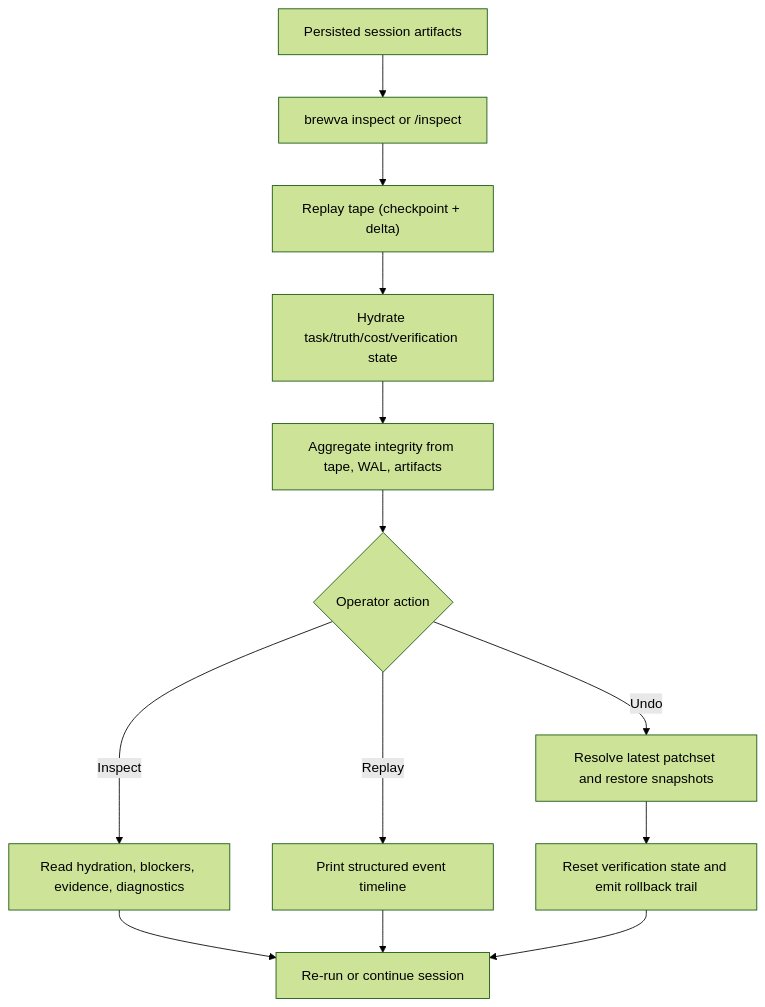
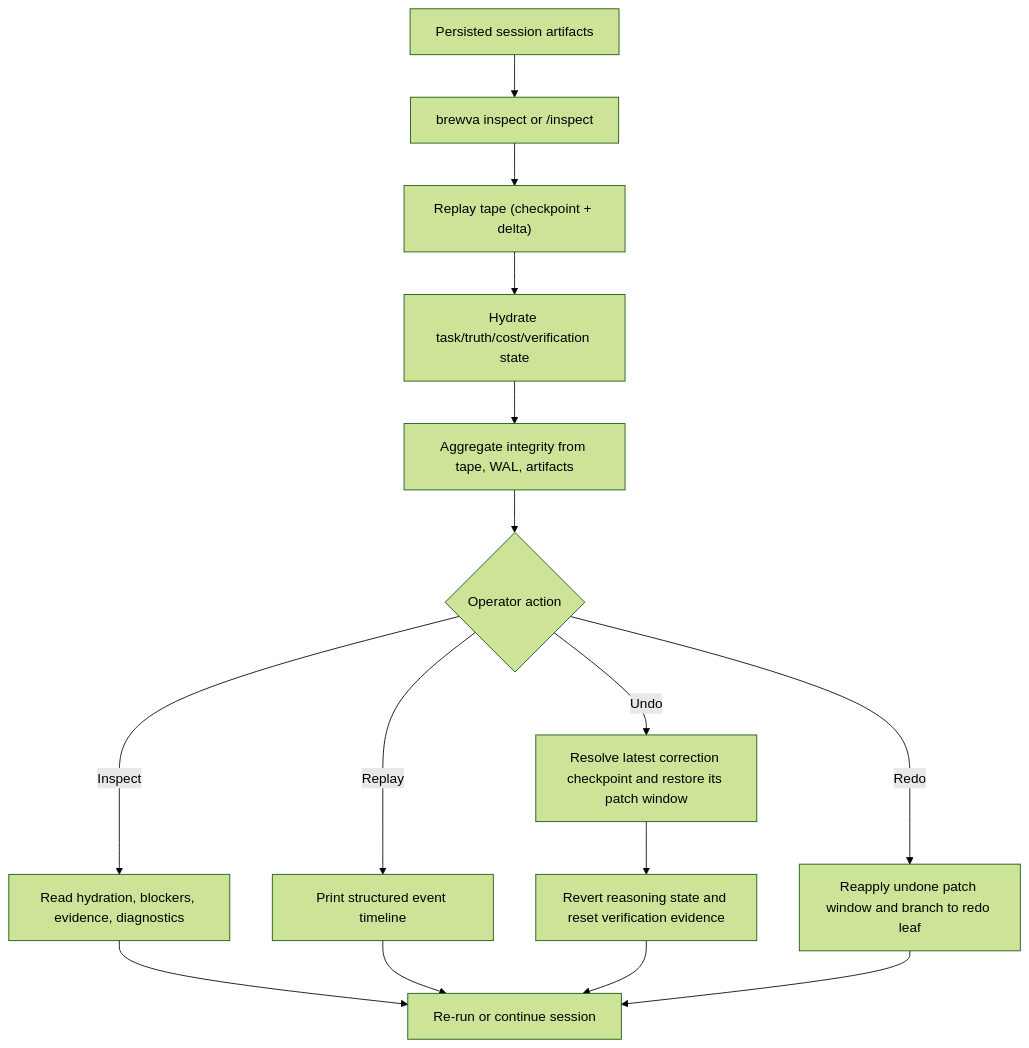
One commit to arcthur/brewva changed the diagram in docs/journeys/operator/inspect-replay-and-recovery.md. Above: the diagram before and after it, drawn with Mermaid (forest theme). The commit also changed other lines of this file and 37 other files, not shown here.

First line of the commit message:
feat(runtime,cli,tui,docs)!: add correction undo and redo transactions

````diff
--- a/docs/journeys/operator/inspect-replay-and-recovery.md
+++ b/docs/journeys/operator/inspect-replay-and-recovery.md
@@ -38,15 +39,17 @@
 ```mermaid
 flowchart TD
   A["Persisted session artifacts"] --> B["brewva inspect or /inspect"]
   B --> C["Replay tape (checkpoint + delta)"]
   C --> D["Hydrate task/truth/cost/verification state"]
   D --> E["Aggregate integrity from tape, WAL, artifacts"]
   E --> F{"Operator action"}
   F -->|Inspect| G["Read hydration, blockers, evidence, diagnostics"]
   F -->|Replay| H["Print structured event timeline"]
-  F -->|Undo| I["Resolve latest patchset and restore snapshots"]
-  I --> J["Reset verification state and emit rollback trail"]
+  F -->|Undo| I["Resolve latest correction checkpoint and restore its patch window"]
+  I --> J["Revert reasoning state and reset verification evidence"]
+  F -->|Redo| L["Reapply undone patch window and branch to redo leaf"]
   G --> K["Re-run or continue session"]
   H --> K
   J --> K
+  L --> K
 ```
````
